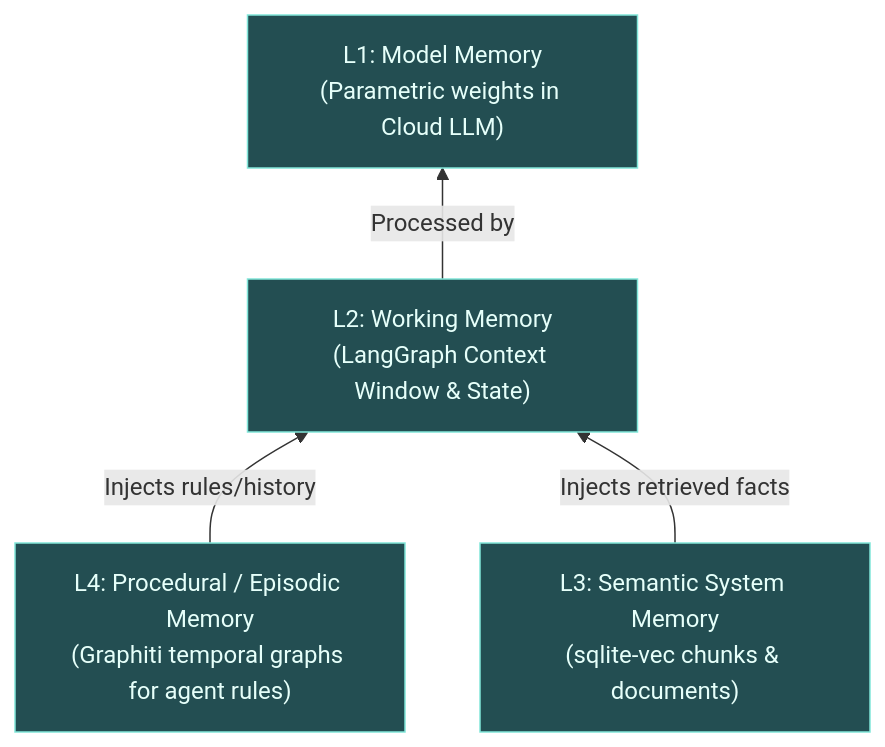
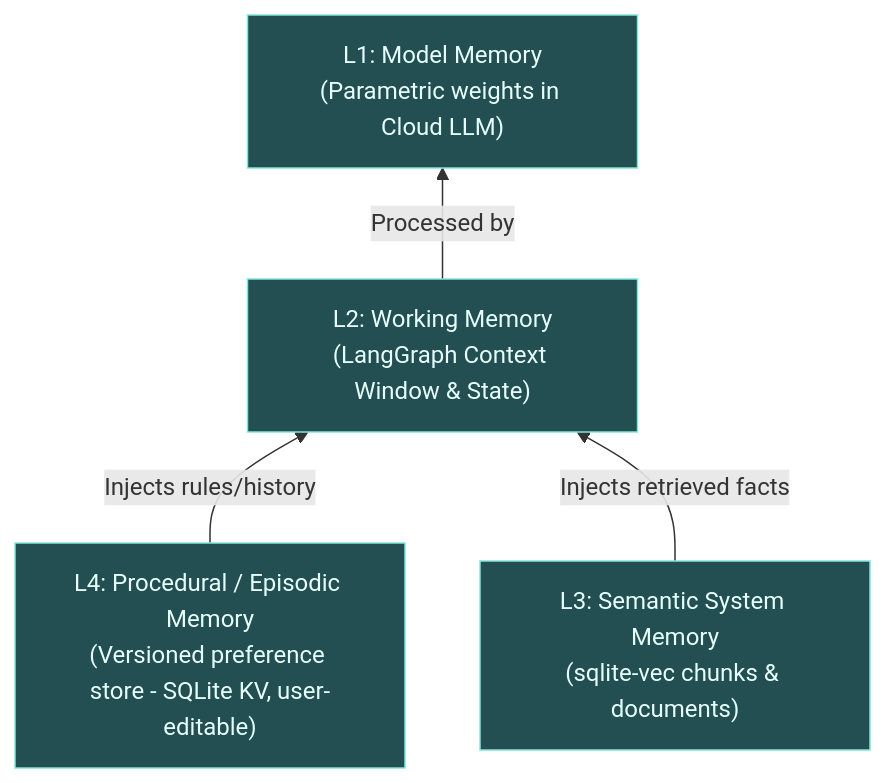
One commit to dpsdagain/RAG changed the third of 7 diagrams in rag_final_architecture_2026.md. Above: the diagram before and after it, drawn with Mermaid. The commit also changed other lines of this file and 6 other files, not shown here.

Commit message:
docs: refactor RAG architecture to strict 0-VRAM CPU-first baseline

````diff
--- a/rag_final_architecture_2026.md
+++ b/rag_final_architecture_2026.md
@@ -87,14 +93,14 @@
 ```mermaid
 graph BT
     L1["L1: Model Memory<br>(Parametric weights in Cloud LLM)"] 
     L2["L2: Working Memory<br>(LangGraph Context Window & State)"]
     L3["L3: Semantic System Memory<br>(sqlite-vec chunks & documents)"]
-    L4["L4: Procedural / Episodic Memory<br>(Graphiti temporal graphs for agent rules)"]
+    L4["L4: Procedural / Episodic Memory<br>(Versioned preference store - SQLite KV, user-editable)"]
 
     L4 -->|Injects rules/history| L2
     L3 -->|Injects retrieved facts| L2
     L2 -->|Processed by| L1
     
     classDef mem fill:#234e52,stroke:#81e6d9,color:#e6fffa
     class L1,L2,L3,L4 mem
 ```
````
